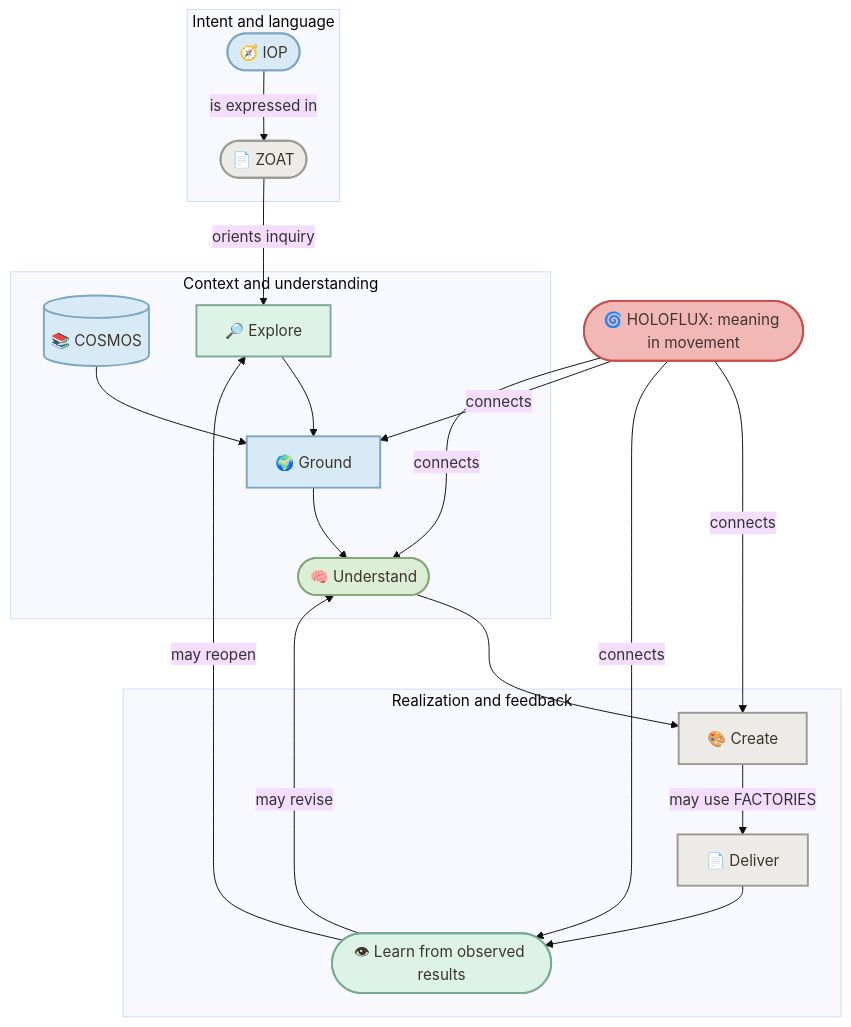
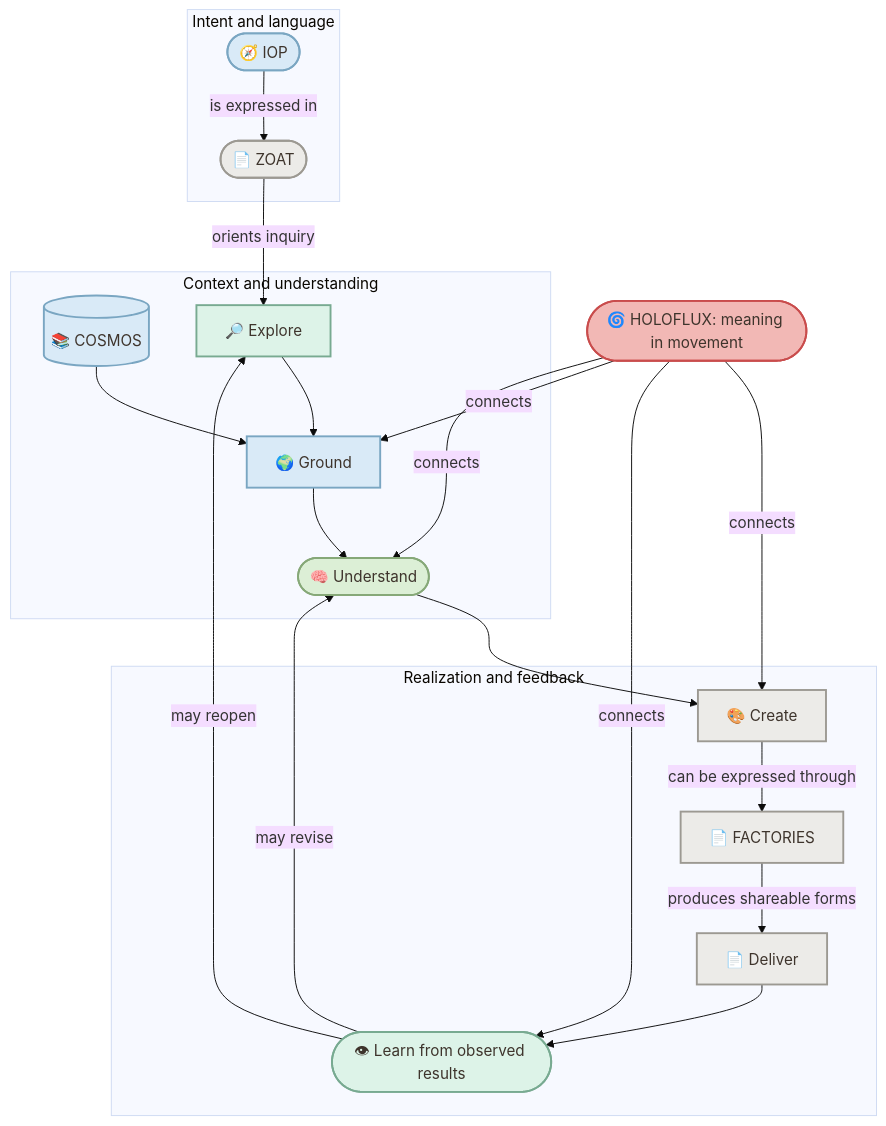
The second of 2 diagrams in README.md (enogrob/project-holoflux), drawn with Mermaid (base theme) before and after one commit.

Commit message:
docs: show FACTORIES explicitly in the conceptual architecture

````diff
--- a/README.md
+++ b/README.md
@@ -86,39 +86,41 @@
 ```mermaid
 flowchart TD
     subgraph Orientation["Intent and language"]
       I([🧭 IOP]):::context
       Z([📄 ZOAT]):::projection
     end
     subgraph Inquiry["Context and understanding"]
       K[(📚 COSMOS)]:::context
       E[🔎 Explore]:::observation
       G[🌍 Ground]:::context
       U([🧠 Understand]):::understanding
     end
     subgraph Expression["Realization and feedback"]
       C[🎨 Create]:::projection
+      F[📄 FACTORIES]:::projection
       D[📄 Deliver]:::projection
       L([👁 Learn from observed results]):::observation
     end
     H([🌀 HOLOFLUX: meaning in movement]):::holoflux
     I -->|is expressed in| Z
     Z -->|orients inquiry| E
     K --> G
     E --> G
     G --> U
     U --> C
-    C -->|may use FACTORIES| D
+    C -->|can be expressed through| F
+    F -->|produces shareable forms| D
     D --> L
     L -->|may reopen| E
     L -->|may revise| U
     H -->|connects| G
     H -->|connects| U
     H -->|connects| C
     H -->|connects| L
 
     classDef context fill:#D9EAF7,stroke:#7AA6C2,color:#3E342C,stroke-width:2px;
     classDef understanding fill:#DCEFD6,stroke:#86A878,color:#3E342C,stroke-width:2px;
     classDef holoflux fill:#F2B8B5,stroke:#C94C4C,color:#3E342C,stroke-width:2px;
     classDef projection fill:#ECEBE8,stroke:#9C9992,color:#3E342C,stroke-width:2px;
     classDef observation fill:#DDF3E8,stroke:#78AA91,color:#3E342C,stroke-width:2px;
 ```
````
